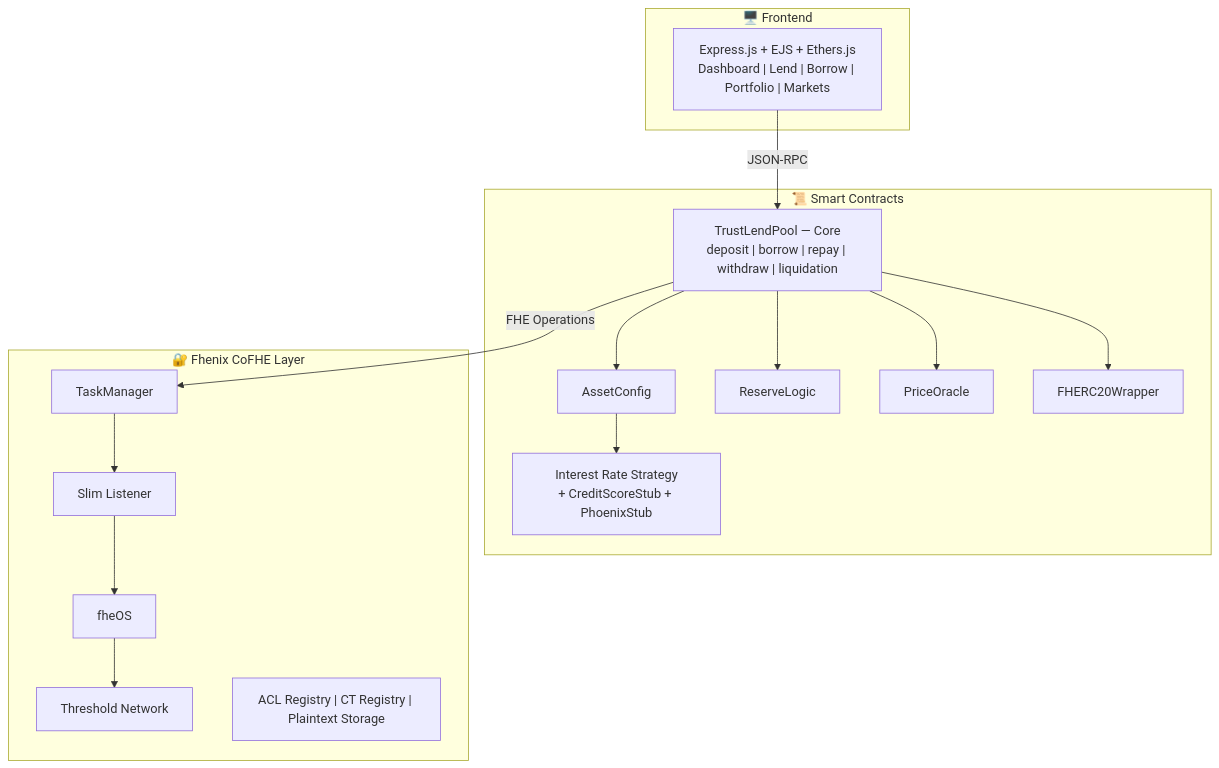
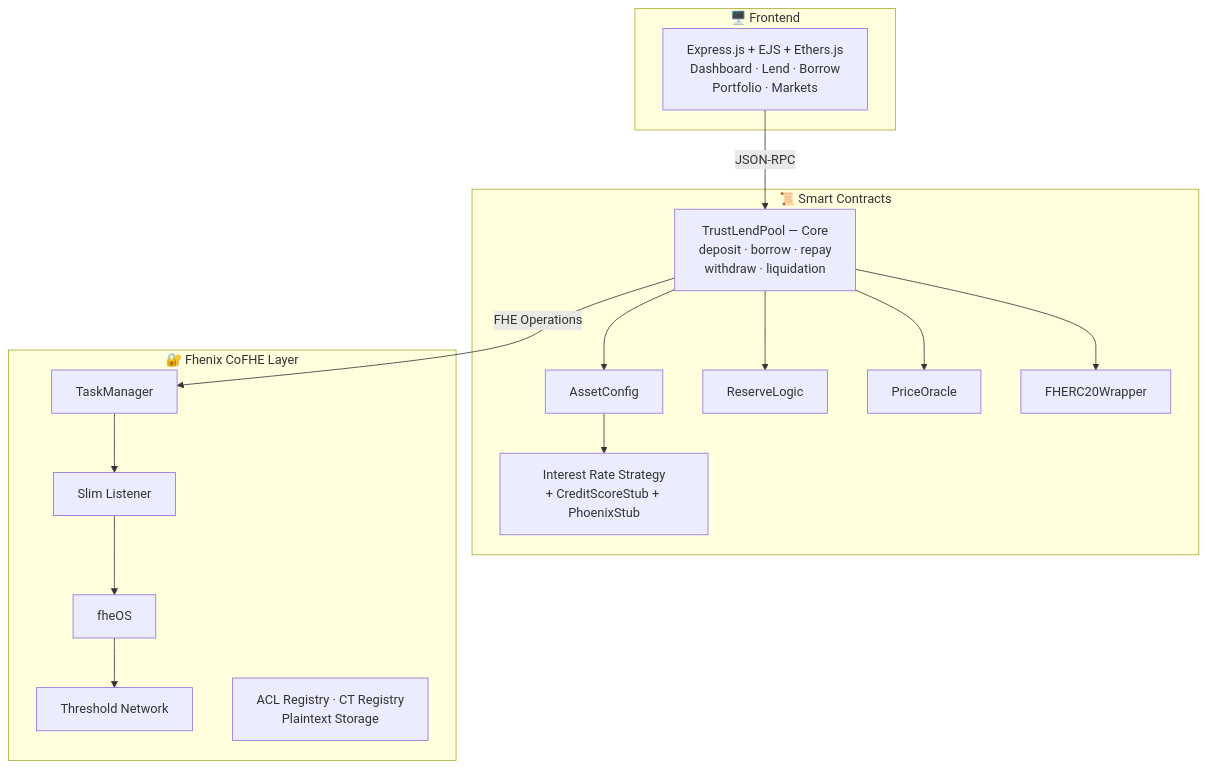
The first of 2 diagrams in fhield-docs/docs/devdocs/Architecture/Protocol-Overview.md (PhuocNG0308/fhield), drawn with Mermaid before and after one commit. The commit also changed other lines of this file and 6 other files, not shown here.

````diff
--- a/fhield-docs/docs/devdocs/Architecture/Protocol-Overview.md
+++ b/fhield-docs/docs/devdocs/Architecture/Protocol-Overview.md
@@ -12,30 +12,30 @@
 ```mermaid
 graph TD
     subgraph Frontend["🖥️ Frontend"]
-        FE["Express.js + EJS + Ethers.js<br/>Dashboard | Lend | Borrow | Portfolio | Markets"]
+        FE["Express.js + EJS + Ethers.js<br/>Dashboard · Lend · Borrow<br/>Portfolio · Markets"]
     end
 
     FE -->|"JSON-RPC"| Core
 
     subgraph Contracts["📜 Smart Contracts"]
-        Core["TrustLendPool — Core<br/>deposit | borrow | repay | withdraw | liquidation"]
+        Core["TrustLendPool — Core<br/>deposit · borrow · repay<br/>withdraw · liquidation"]
         AC["AssetConfig"]
         RL["ReserveLogic"]
         OR["PriceOracle"]
         FW["FHERC20Wrapper"]
         IRS["Interest Rate Strategy<br/>+ CreditScoreStub + PhoenixStub"]
         Core --> AC & RL & OR & FW
         AC --> IRS
     end
 
     Core -->|"FHE Operations"| TM
 
     subgraph CoFHE["🔐 Fhenix CoFHE Layer"]
         TM["TaskManager"]
         SL["Slim Listener"]
         FHEOS["fheOS"]
         TN["Threshold Network"]
-        REG["ACL Registry | CT Registry | Plaintext Storage"]
+        REG["ACL Registry · CT Registry<br/>Plaintext Storage"]
         TM --> SL --> FHEOS --> TN
     end
 ```
````
